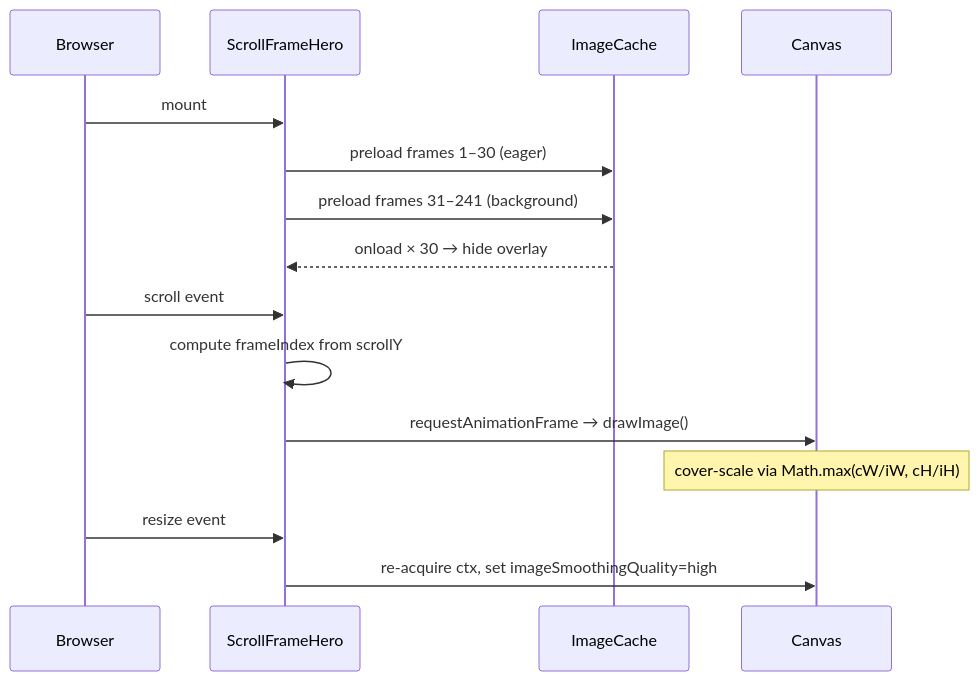
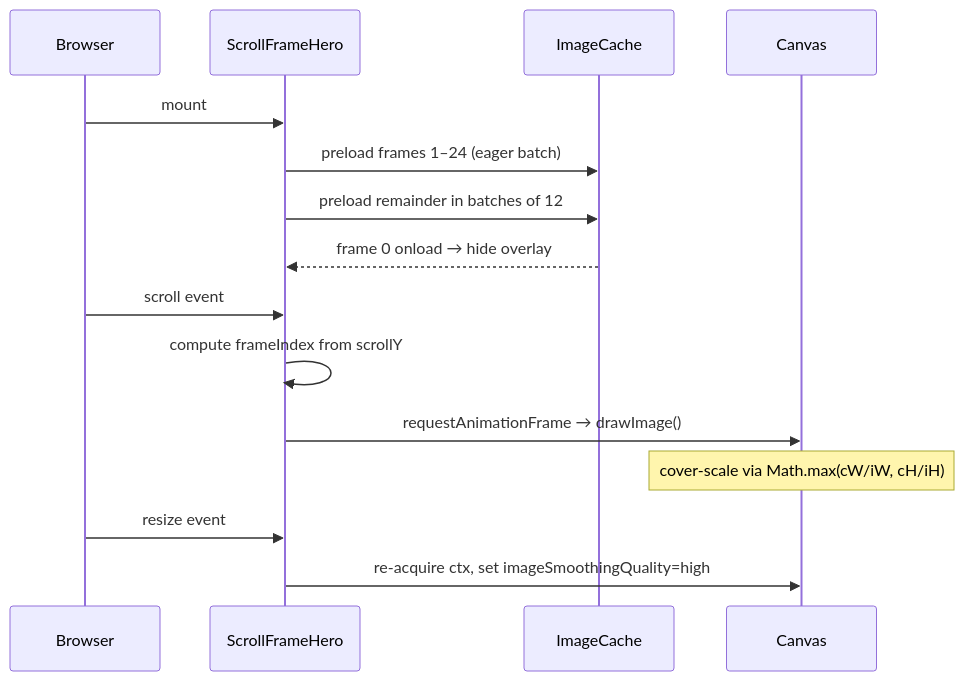
Before and after one commit to Mohammad-AlBaker-Zaytoun/jilber_car_tune_store: the sixth of 7 diagrams in README.md, drawn with Mermaid. The commit also changed other lines of this file and 100 other files, not shown here.

````diff
--- a/README.md
+++ b/README.md
@@ -274,18 +274,18 @@
 ```mermaid
 sequenceDiagram
     participant Browser
     participant ScrollFrameHero
     participant ImageCache
     participant Canvas
 
     Browser->>ScrollFrameHero: mount
-    ScrollFrameHero->>ImageCache: preload frames 1–30 (eager)
-    ScrollFrameHero->>ImageCache: preload frames 31–241 (background)
-    ImageCache-->>ScrollFrameHero: onload × 30 → hide overlay
+    ScrollFrameHero->>ImageCache: preload frames 1–24 (eager batch)
+    ScrollFrameHero->>ImageCache: preload remainder in batches of 12
+    ImageCache-->>ScrollFrameHero: frame 0 onload → hide overlay
     Browser->>ScrollFrameHero: scroll event
     ScrollFrameHero->>ScrollFrameHero: compute frameIndex from scrollY
     ScrollFrameHero->>Canvas: requestAnimationFrame → drawImage()
     Note over Canvas: cover-scale via Math.max(cW/iW, cH/iH)
     Browser->>ScrollFrameHero: resize event
     ScrollFrameHero->>Canvas: re-acquire ctx, set imageSmoothingQuality=high
 ```
````
